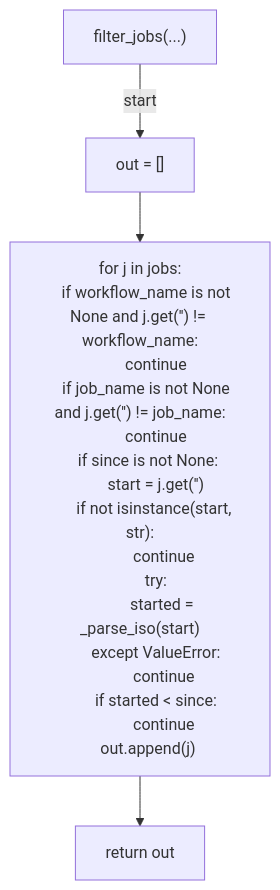
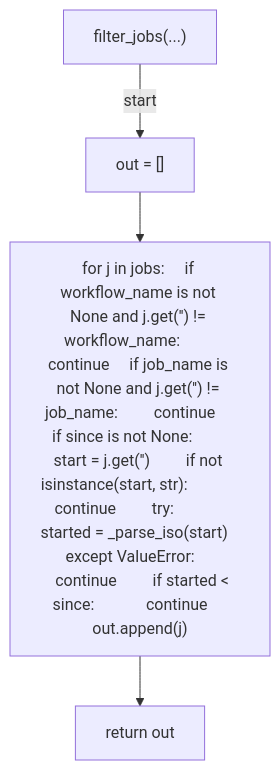
The seventh of 25 diagrams in docs/generated/scripts/ast/analyze_ci_timings.md (tvna/claude-md), drawn with Mermaid before and after one commit. The commit also changed other lines of this file and 20 other files, not shown here.

First line of the commit message:
docs(generated): regenerate decision tree and workflow diagrams (batch 1/5)

````diff
--- a/docs/generated/scripts/ast/analyze_ci_timings.md
+++ b/docs/generated/scripts/ast/analyze_ci_timings.md
@@ -145,25 +131,10 @@
 ```mermaid
 flowchart TD
     N001["filter_jobs(...)"]
     N002["out = []"]
-    N003["for j in jobs:
-    if workflow_name is not None and j.get('<str>') != workflow_name:
-        continue
-    if job_name is not None and j.get('<str>') != job_name:
-        continue
-    if since is not None:
-        start = j.get('<str>')
-        if not isinstance(start, str):
-            continue
-        try:
-            started = _parse_iso(start)
-        except ValueError:
-            continue
-        if started < since:
-            continue
-    out.append(j)"]
+    N003["for j in jobs:     if workflow_name is not None and j.get('<str>') != workflow_name:         continue     if job_name is not None and j.get('<str>') != job_name:         continue     if since is not None:         start = j.get('<str>')         if not isinstance(start, str):             continue         try:             started = _parse_iso(start)         except ValueError:             continue         if started < since:             continue     out.append(j)"]
     N004["return out"]
     N001 -->|"start"| N002
     N002 --> N003
     N003 --> N004
 ```
````
